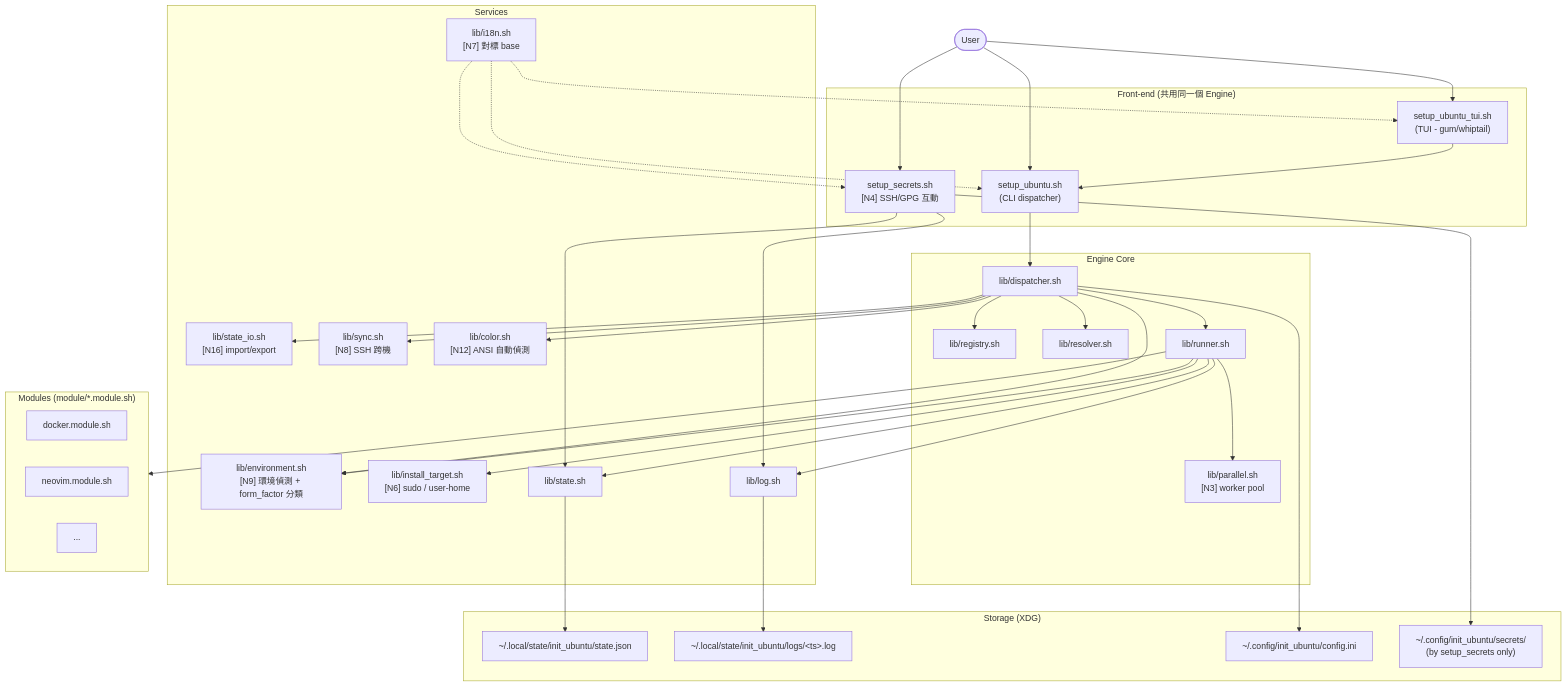
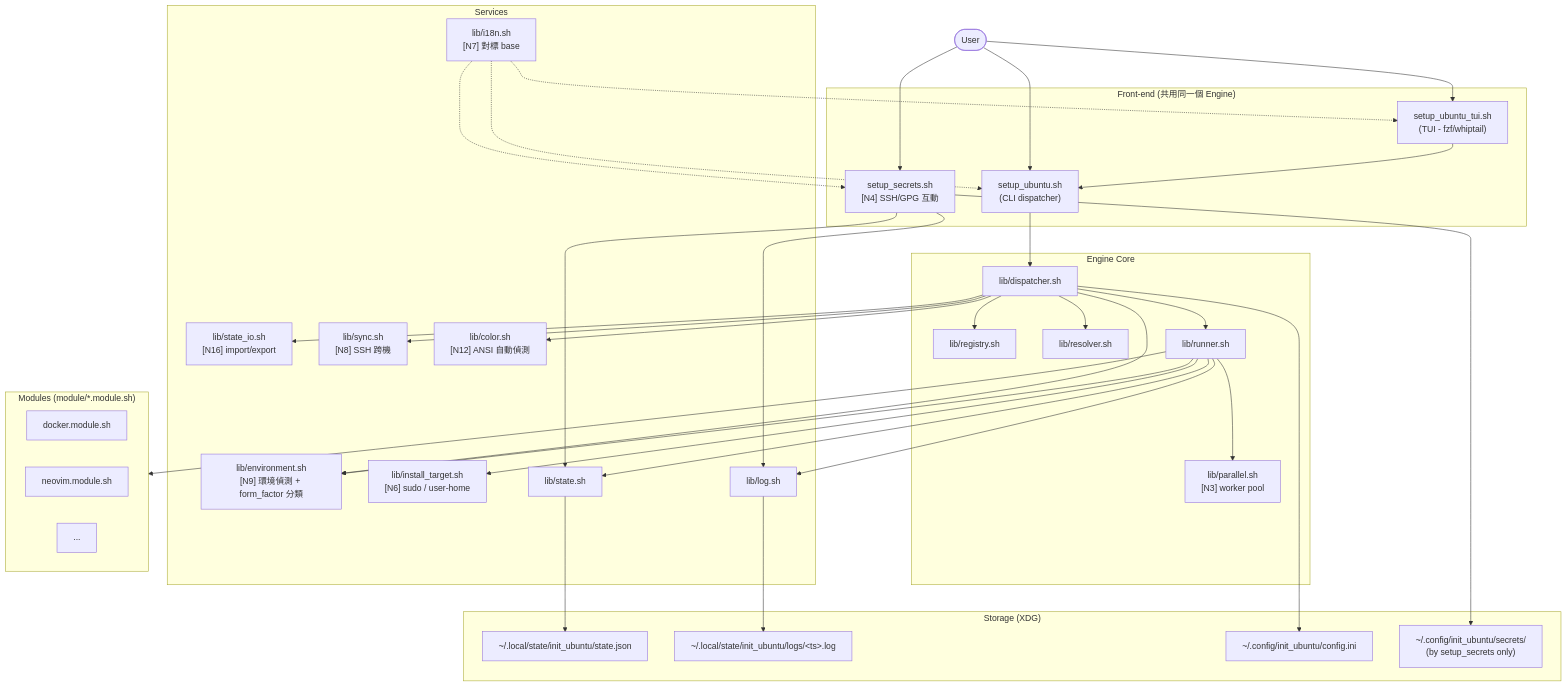
Before and after one commit to ycpss91255/initialization: the first of 7 diagrams in doc/architecture.md, drawn with Mermaid. The commit also changed other lines of this file and 19 other files, not shown here.

First line of the commit message:
refactor(tui): drop gum as a TUI backend (ADR-0024) (#259)

````diff
--- a/doc/architecture.md
+++ b/doc/architecture.md
@@ -11,73 +11,73 @@
 ```mermaid
 graph TB
     user([User])
 
     subgraph frontend["Front-end (共用同一個 Engine)"]
         cli["setup_ubuntu.sh<br/>(CLI dispatcher)"]
-        tui["setup_ubuntu_tui.sh<br/>(TUI - gum/whiptail)"]
+        tui["setup_ubuntu_tui.sh<br/>(TUI - fzf/whiptail)"]
         secrets["setup_secrets.sh<br/>[N4] SSH/GPG 互動"]
     end
 
     subgraph engine["Engine Core"]
         dispatcher["lib/dispatcher.sh"]
         registry["lib/registry.sh"]
         resolver["lib/resolver.sh"]
         runner["lib/runner.sh"]
         parallel["lib/parallel.sh<br/>[N3] worker pool"]
     end
 
     subgraph services["Services"]
         environment["lib/environment.sh<br/>[N9] 環境偵測 + form_factor 分類"]
         install_tgt["lib/install_target.sh<br/>[N6] sudo / user-home"]
         state["lib/state.sh"]
         importer["lib/state_io.sh<br/>[N16] import/export"]
         sync["lib/sync.sh<br/>[N8] SSH 跨機"]
         log_svc["lib/log.sh"]
         i18n["lib/i18n.sh<br/>[N7] 對標 base"]
         color["lib/color.sh<br/>[N12] ANSI 自動偵測"]
     end
 
     subgraph modules["Modules (module/*.module.sh)"]
         m_docker["docker.module.sh"]
         m_neovim["neovim.module.sh"]
         m_etc["..."]
     end
 
     subgraph storage["Storage (XDG)"]
         state_json["~/.local/state/init_ubuntu/state.json"]
         log_file["~/.local/state/init_ubuntu/logs/&lt;ts&gt;.log"]
         config_ini["~/.config/init_ubuntu/config.ini"]
         secrets_dir["~/.config/init_ubuntu/secrets/<br/>(by setup_secrets only)"]
     end
 
     user --> cli
     user --> tui
     user --> secrets
     cli --> dispatcher
     tui --> cli
     secrets --> state
     secrets --> log_svc
 
     dispatcher --> registry
     dispatcher --> resolver
     dispatcher --> runner
     dispatcher --> sync
     dispatcher --> importer
     dispatcher --> color
 
     runner --> parallel
     runner --> install_tgt
     runner --> modules
     runner --> state
     runner --> log_svc
 
     state --> state_json
     log_svc --> log_file
     dispatcher --> config_ini
     dispatcher --> environment
     runner --> environment
     secrets --> secrets_dir
     i18n -.-> cli
     i18n -.-> tui
     i18n -.-> secrets
 ```
````
